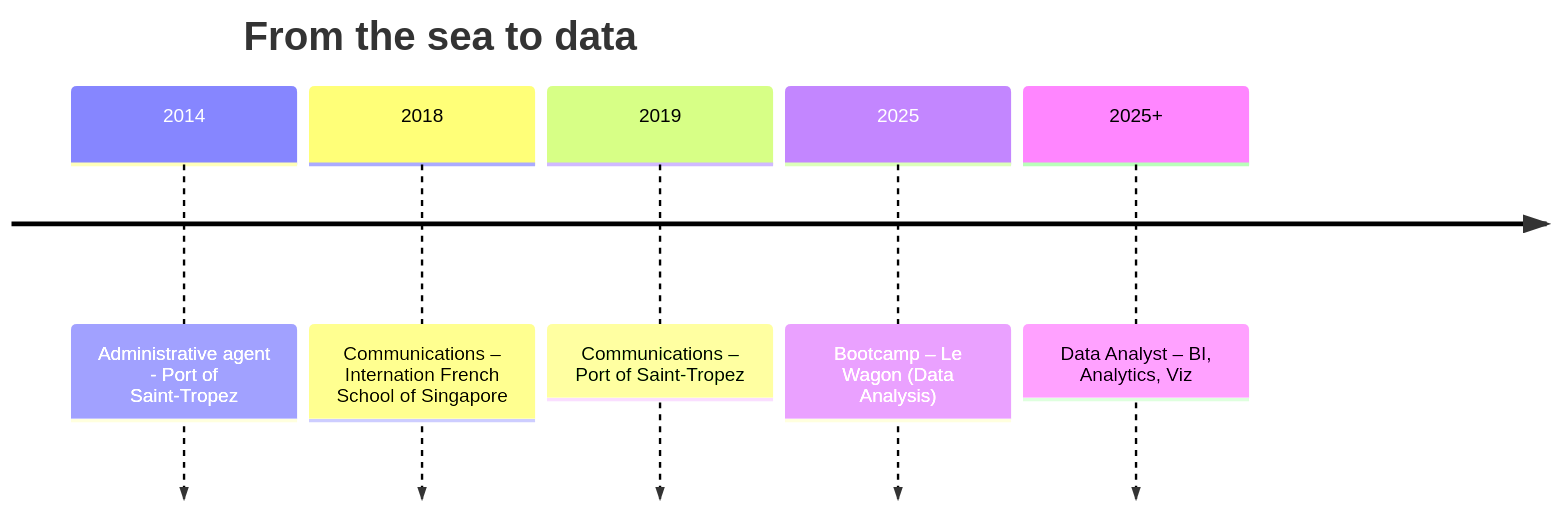
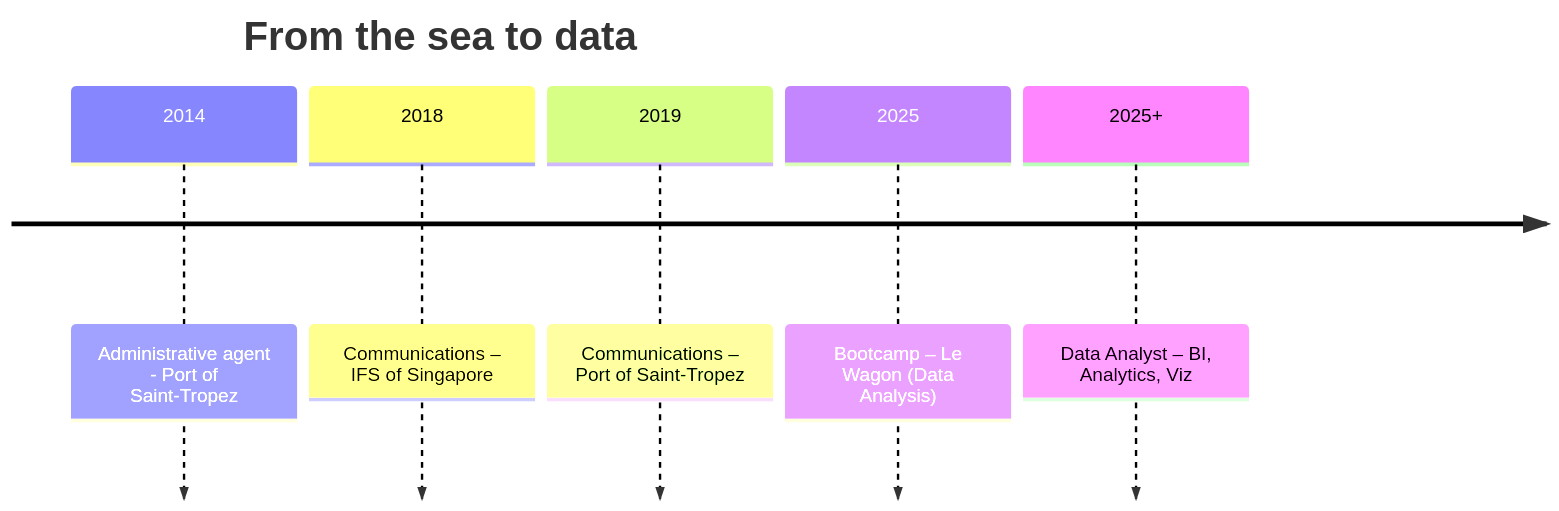
One commit to Lousd1/Lousd1 changed the diagram in README.md. Above: the diagram before and after it, drawn with Mermaid. The commit also changed other lines of this file, not shown here.

````diff
--- a/README.md
+++ b/README.md
@@ -27,9 +28,9 @@
 ```mermaid
 timeline
   title From the sea to data
   2014 : Administrative agent - Port of Saint-Tropez
-  2018 : Communications – Internation French School of Singapore
+  2018 : Communications – IFS of Singapore
   2019 : Communications – Port of Saint‑Tropez
   2025 : Bootcamp – Le Wagon (Data Analysis)
   2025+ : Data Analyst – BI, Analytics, Viz
 ```
````
